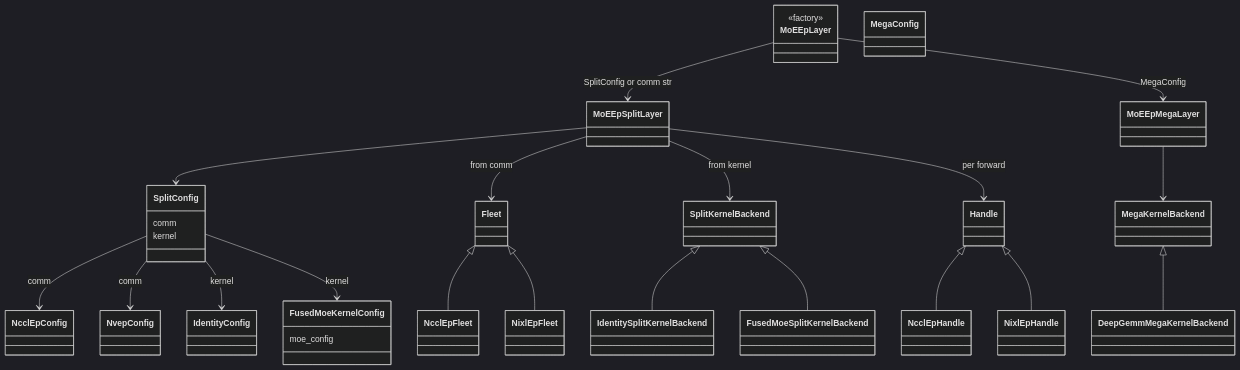
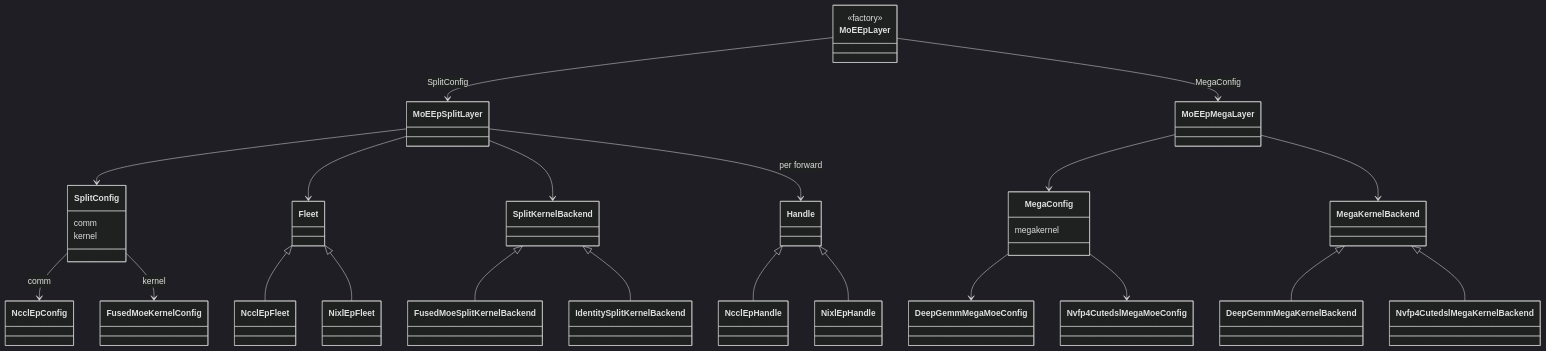
Before and after one commit to flashinfer-ai/flashinfer: the diagram in flashinfer/moe_ep/design.md, drawn with Mermaid (dark theme). The commit also changed other lines of this file and 17 other files, not shown here.

Commit message:
nvfp4 backend added; fused_moe jit issue unresolved for now

````diff
--- a/flashinfer/moe_ep/design.md
+++ b/flashinfer/moe_ep/design.md
@@ -114,48 +45,40 @@
 ```mermaid
 classDiagram
     direction TB
 
     class MoEEpLayer {
         <<factory>>
     }
-    class MoEEpSplitLayer
-    class MoEEpMegaLayer
     class SplitConfig {
         comm
         kernel
     }
-    class MegaConfig
-    class NcclEpConfig
-    class NvepConfig
-    class IdentityConfig
-    class FusedMoeKernelConfig {
-        moe_config
+    class MegaConfig {
+        megakernel
     }
-    class Fleet
-    class Handle
-    class SplitKernelBackend
-    class MegaKernelBackend
 
-    MoEEpLayer --> MoEEpSplitLayer : SplitConfig or comm str
+    MoEEpLayer --> MoEEpSplitLayer : SplitConfig
     MoEEpLayer --> MoEEpMegaLayer : MegaConfig
 
+    MoEEpSplitLayer --> SplitConfig
+    MoEEpSplitLayer --> Fleet
+    MoEEpSplitLayer --> SplitKernelBackend
+    MoEEpSplitLayer --> Handle : per forward
+    MoEEpMegaLayer --> MegaConfig
+    MoEEpMegaLayer --> MegaKernelBackend
+
     SplitConfig --> NcclEpConfig : comm
-    SplitConfig --> NvepConfig : comm
-    SplitConfig --> IdentityConfig : kernel
     SplitConfig --> FusedMoeKernelConfig : kernel
-    MoEEpSplitLayer --> SplitConfig
-    MoEEpSplitLayer --> Fleet : from comm
-    MoEEpSplitLayer --> SplitKernelBackend : from kernel
-    MoEEpSplitLayer --> Handle : per forward
-
-    MoEEpMegaLayer --> MegaKernelBackend
+    MegaConfig --> DeepGemmMegaMoeConfig
+    MegaConfig --> Nvfp4CutedslMegaMoeConfig
 
     Fleet <|-- NcclEpFleet
     Fleet <|-- NixlEpFleet
     Handle <|-- NcclEpHandle
     Handle <|-- NixlEpHandle
 
+    SplitKernelBackend <|-- FusedMoeSplitKernelBackend
     SplitKernelBackend <|-- IdentitySplitKernelBackend
-    SplitKernelBackend <|-- FusedMoeSplitKernelBackend
     MegaKernelBackend <|-- DeepGemmMegaKernelBackend
+    MegaKernelBackend <|-- Nvfp4CutedslMegaKernelBackend
 ```
````
